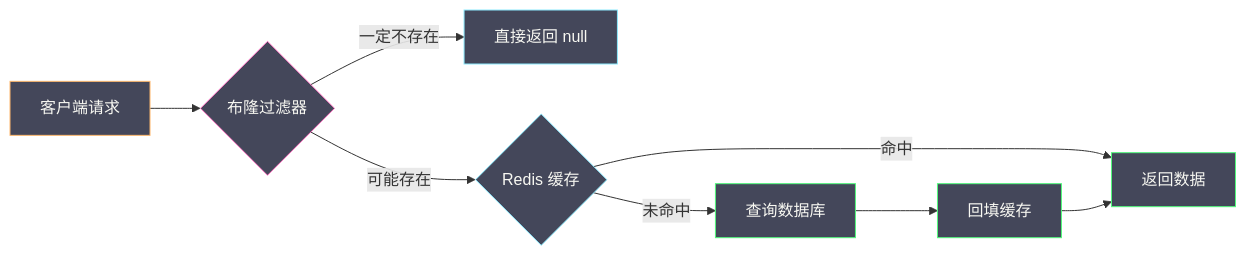
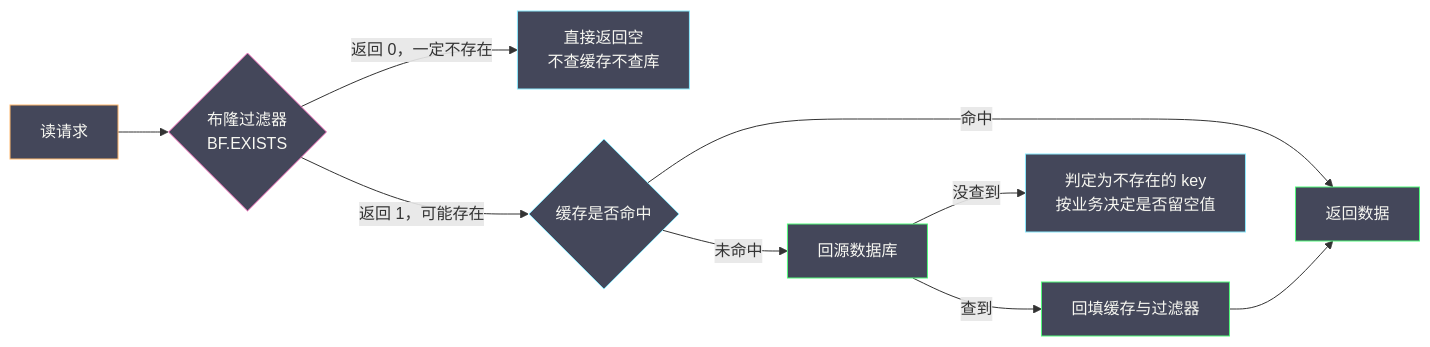
One commit to hpliStartAgain/my-brain changed the first of 4 diagrams in content/中间件/Redis/Redis进阶教程/02 高级数据类型——HyperLogLog Bitmap Geo Stream.md. Above: the diagram before and after it, drawn with Mermaid. The commit also changed other lines of this file and 455 other files, not shown here.

````diff
--- a/content/中间件/Redis/Redis进阶教程/02 高级数据类型——HyperLogLog Bitmap Geo Stream.md
+++ b/content/中间件/Redis/Redis进阶教程/02 高级数据类型——HyperLogLog Bitmap Geo Stream.md
@@ -197,21 +249,21 @@
 ```mermaid
 %%{init: {'theme': 'dracula'}}%%
 graph LR
-    REQ["客户端请求"] --> BF{"布隆过滤器"}
-    BF -->|"一定不存在"| REJECT["直接返回 null"]
-    BF -->|"可能存在"| CACHE{"Redis 缓存"}
+    REQ["读请求"] --> BF{"布隆过滤器<br/>BF.EXISTS"}
+    BF -->|"返回 0，一定不存在"| REJECT["直接返回空<br/>不查缓存不查库"]
+    BF -->|"返回 1，可能存在"| CACHE{"缓存是否命中"}
     CACHE -->|"命中"| RESP["返回数据"]
-    CACHE -->|"未命中"| DB["查询数据库"]
-    DB --> FILL["回填缓存"]
+    CACHE -->|"未命中"| DB["回源数据库"]
+    DB -->|"查到"| FILL["回填缓存与过滤器"]
+    DB -->|"没查到"| NEG["判定为不存在的 key<br/>按业务决定是否留空值"]
     FILL --> RESP
 
     classDef req fill:#44475a,stroke:#ffb86c,color:#f8f8f2
-    classDef filter fill:#44475a,stroke:#ff79c6,color:#f8f8f2
+    classDef filt fill:#44475a,stroke:#ff79c6,color:#f8f8f2
     classDef cache fill:#44475a,stroke:#8be9fd,color:#f8f8f2
     classDef db fill:#44475a,stroke:#50fa7b,color:#f8f8f2
-
     class REQ req
-    class BF filter
-    class CACHE,REJECT cache
+    class BF filt
+    class CACHE,REJECT,NEG cache
     class DB,FILL,RESP db
 ```
````
